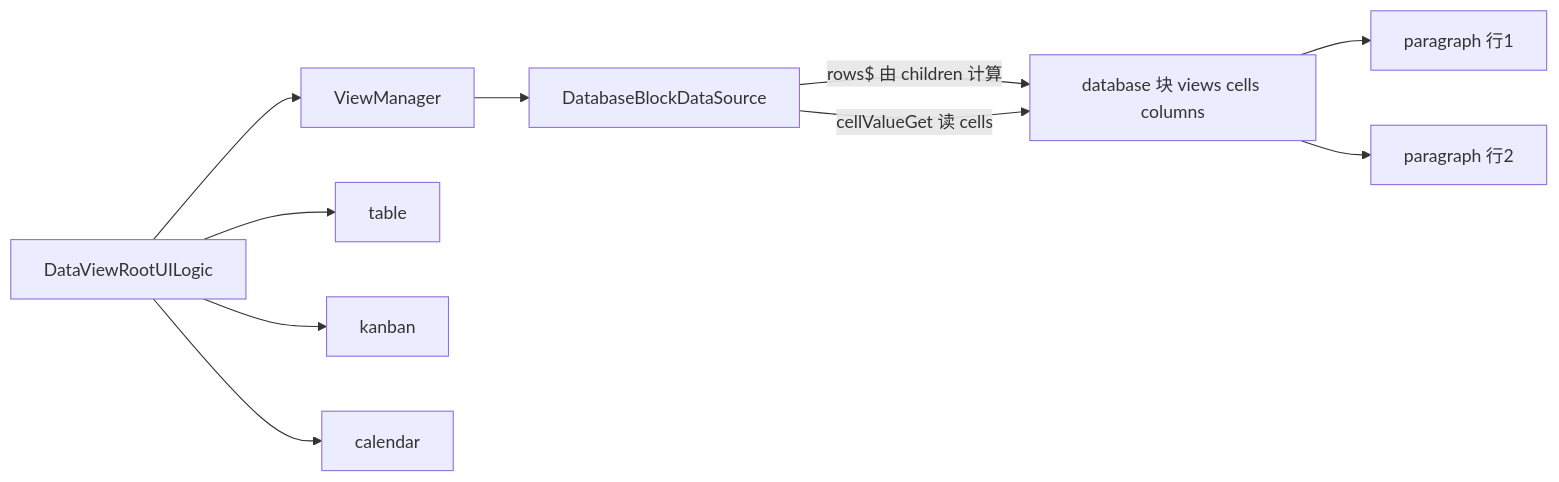
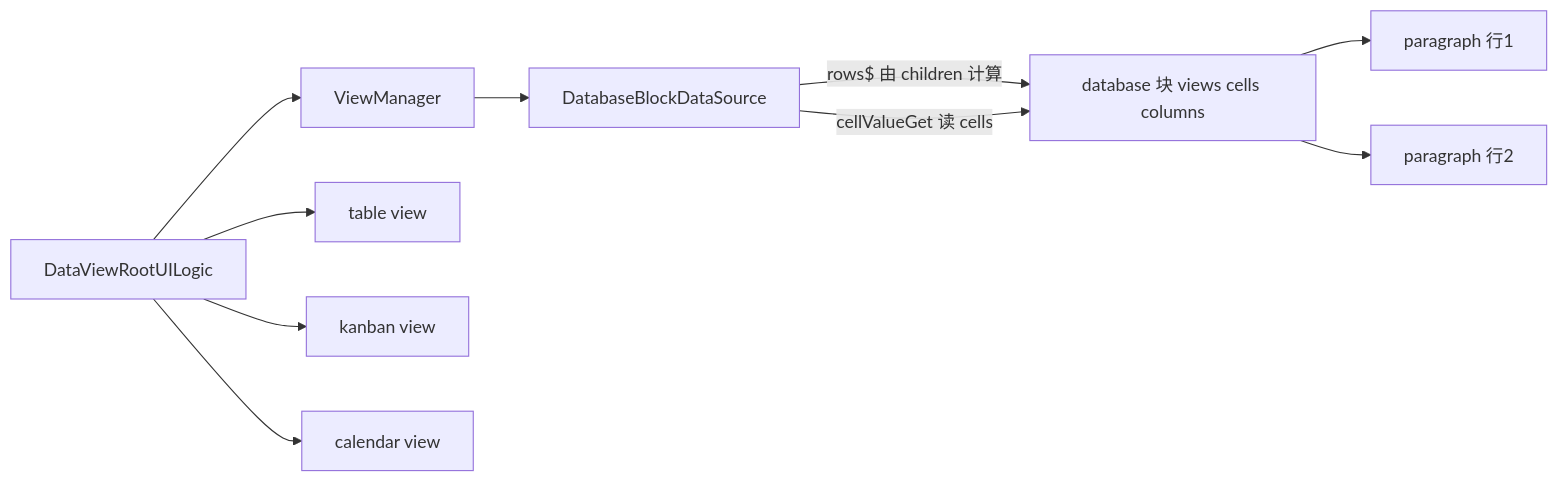
The second of 4 diagrams in learning-guide/slides/decks/14.md (lfire/AFFiNE), drawn with Mermaid before and after one commit. The commit also changed other lines of this file and 46 other files, not shown here.

````diff
--- a/learning-guide/slides/decks/14.md
+++ b/learning-guide/slides/decks/14.md
@@ -271,12 +254,12 @@
 ```mermaid
 flowchart LR
-  DB["database 块 views cells columns"] --> R1[paragraph 行1]
-  DB --> R2[paragraph 行2]
-  DS[DatabaseBlockDataSource] -- "rows$ 由 children 计算" --> DB
-  DS -- "cellValueGet 读 cells" --> DB
-  VM[ViewManager] --> DS
-  UI[DataViewRootUILogic] --> VM
-  UI --> T[table]
-  UI --> K[kanban]
-  UI --> C[calendar]
+  DB["database 块 views cells columns"] --> R1["paragraph 行1"]
+  DB --> R2["paragraph 行2"]
+  DS["DatabaseBlockDataSource"] -->|"rows$ 由 children 计算"| DB
+  DS -->|"cellValueGet 读 cells"| DB
+  VM["ViewManager"] --> DS
+  UI["DataViewRootUILogic"] --> VM
+  UI --> T["table view"]
+  UI --> K["kanban view"]
+  UI --> C["calendar view"]
 ```
````
